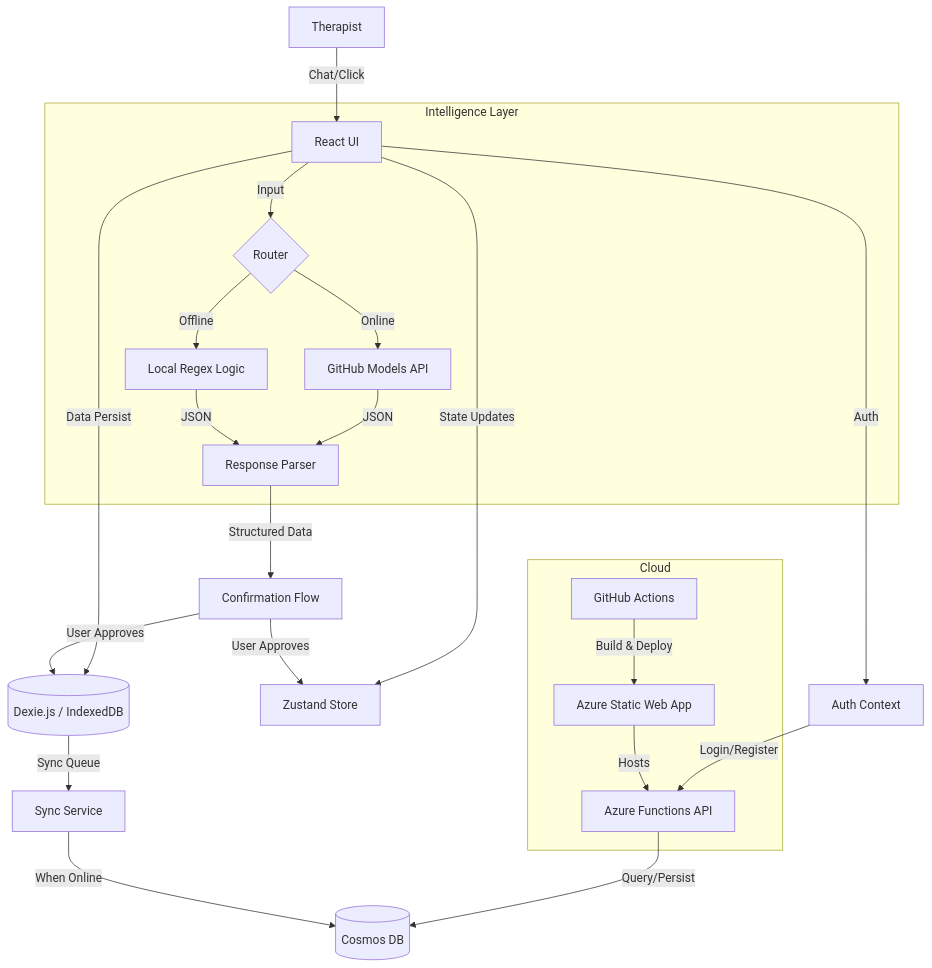
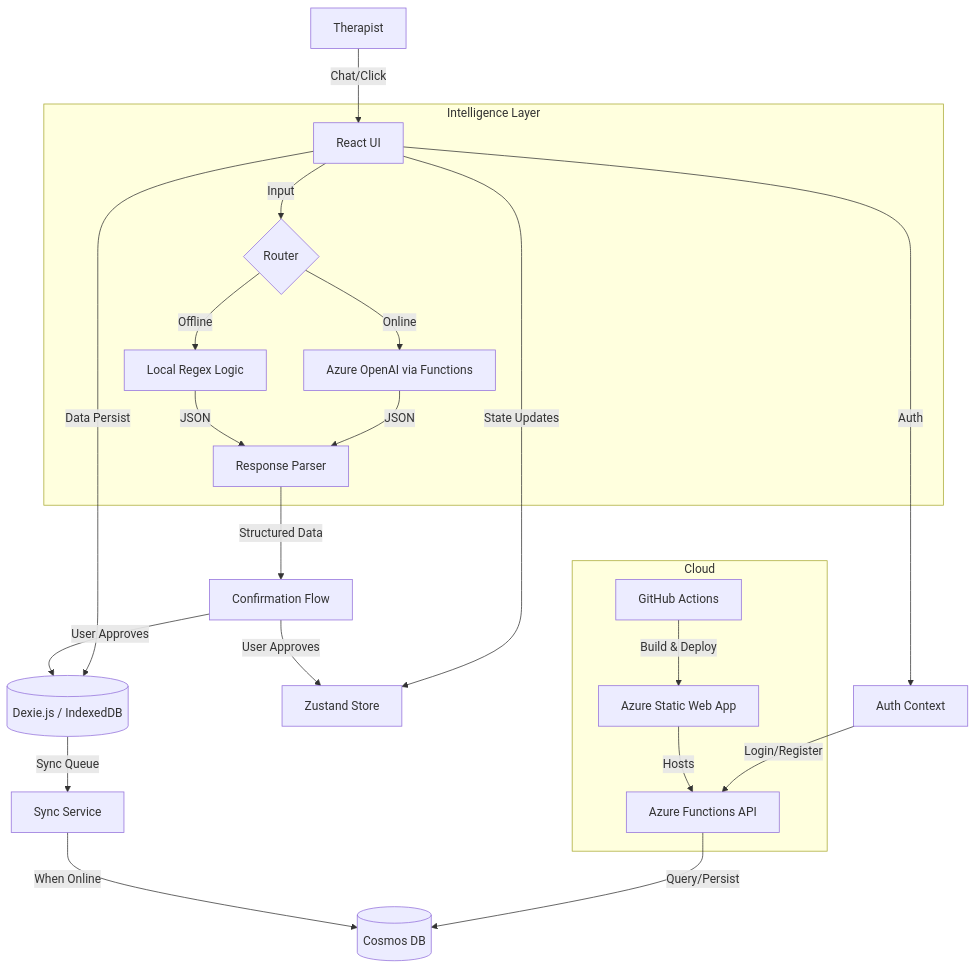
The diagram in architecture.md (warrofua/session-copilot-kv7), drawn with Mermaid before and after one commit. The commit also changed other lines of this file and 8 other files, not shown here.

Commit message:
Add GPT-5 session assistant and remove GitHub Models references

````diff
--- a/architecture.md
+++ b/architecture.md
@@ -11,29 +11,29 @@
 ```mermaid
 graph TD
     User[Therapist] -->|Chat/Click| UI[React UI]
     UI -->|State Updates| Store[Zustand Store]
     UI -->|Data Persist| DB[(Dexie.js / IndexedDB)]
     UI -->|Auth| AuthContext[Auth Context]
 
     subgraph Intelligence Layer
         UI -->|Input| Router{Router}
-        Router -->|Online| API[GitHub Models API]
+        Router -->|Online| API[Azure OpenAI via Functions]
         Router -->|Offline| Regex[Local Regex Logic]
         API -->|JSON| Parser[Response Parser]
         Regex -->|JSON| Parser
     end
 
     Parser -->|Structured Data| Confirmation[Confirmation Flow]
     Confirmation -->|User Approves| DB
     Confirmation -->|User Approves| Store
 
     AuthContext -->|Login/Register| Functions[Azure Functions API]
     Functions -->|Query/Persist| Cosmos[(Cosmos DB)]
     DB -->|Sync Queue| SyncService[Sync Service]
     SyncService -->|When Online| Cosmos
 
     subgraph Cloud
         CI[GitHub Actions] -->|Build & Deploy| SWA[Azure Static Web App]
         SWA -->|Hosts| Functions
     end
 ```
````
